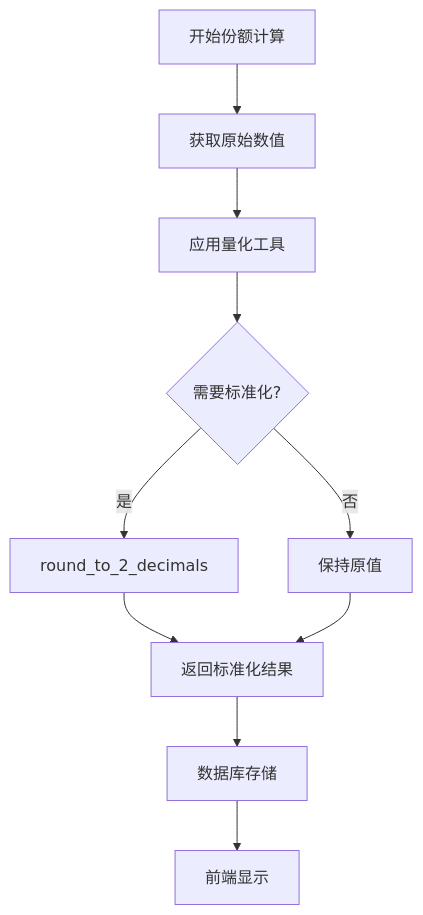
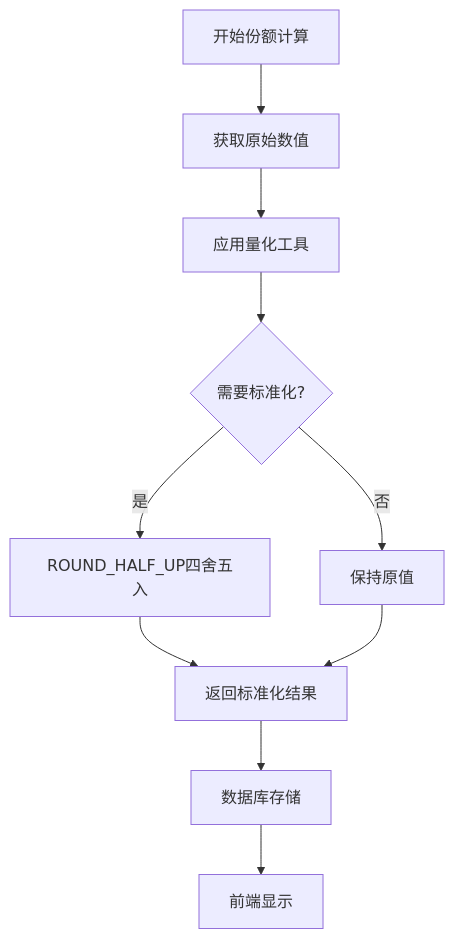
One commit to gujialind/InvestRing changed the sixth of 7 diagrams in .qoder/repowiki/zh/content/核心业务功能/订阅管理.md. Above: the diagram before and after it, drawn with Mermaid. The commit also changed other lines of this file and 32 other files, not shown here.

````diff
--- a/.qoder/repowiki/zh/content/核心业务功能/订阅管理.md
+++ b/.qoder/repowiki/zh/content/核心业务功能/订阅管理.md
@@ -417,12 +417,12 @@
 ```mermaid
 flowchart TD
 A[开始份额计算] --> B[获取原始数值]
 B --> C[应用量化工具]
 C --> D{需要标准化?}
-D --> |是| E[round_to_2_decimals]
+D --> |是| E[ROUND_HALF_UP四舍五入]
 D --> |否| F[保持原值]
 E --> G[返回标准化结果]
 F --> G
 G --> H[数据库存储]
 H --> I[前端显示]
 ```
````
